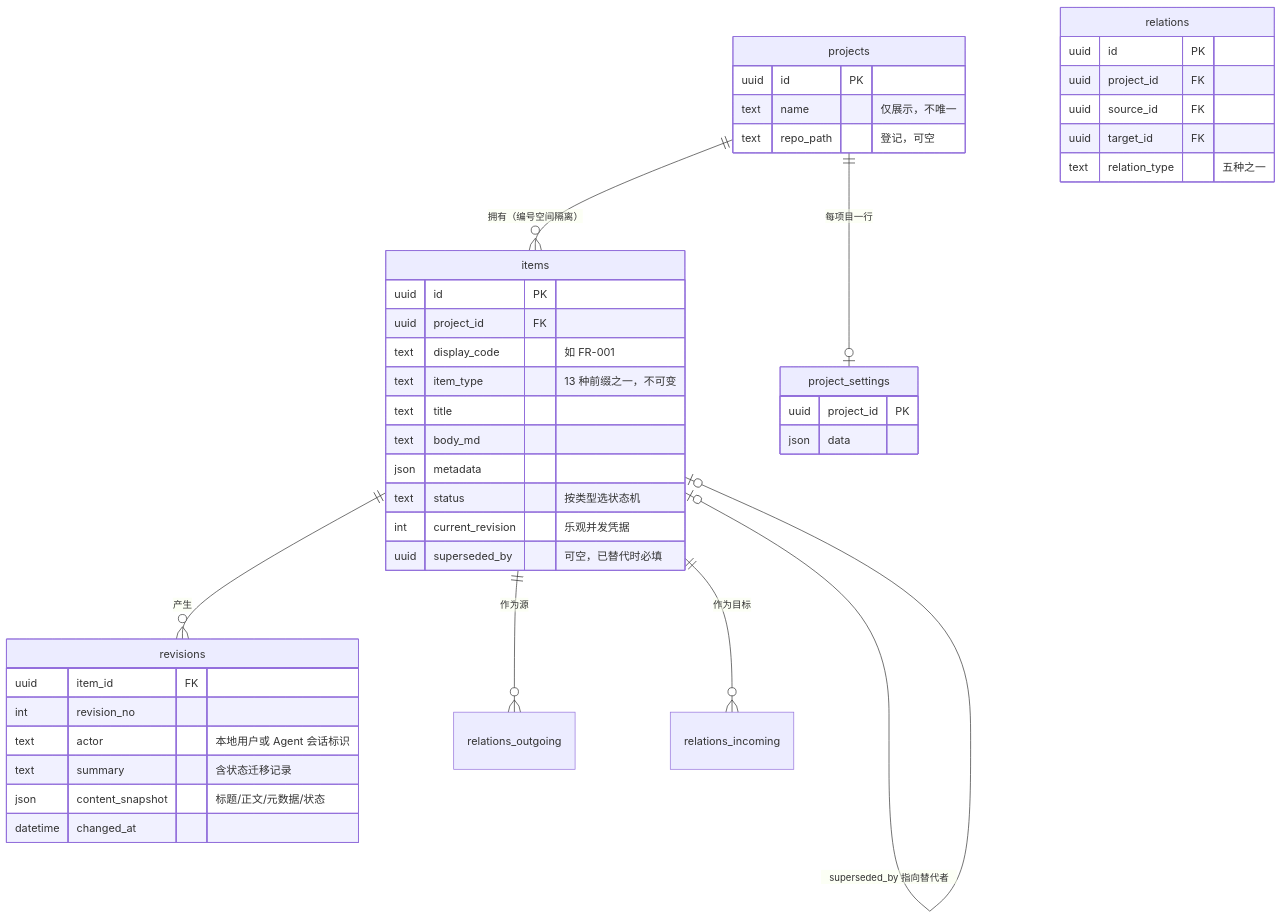
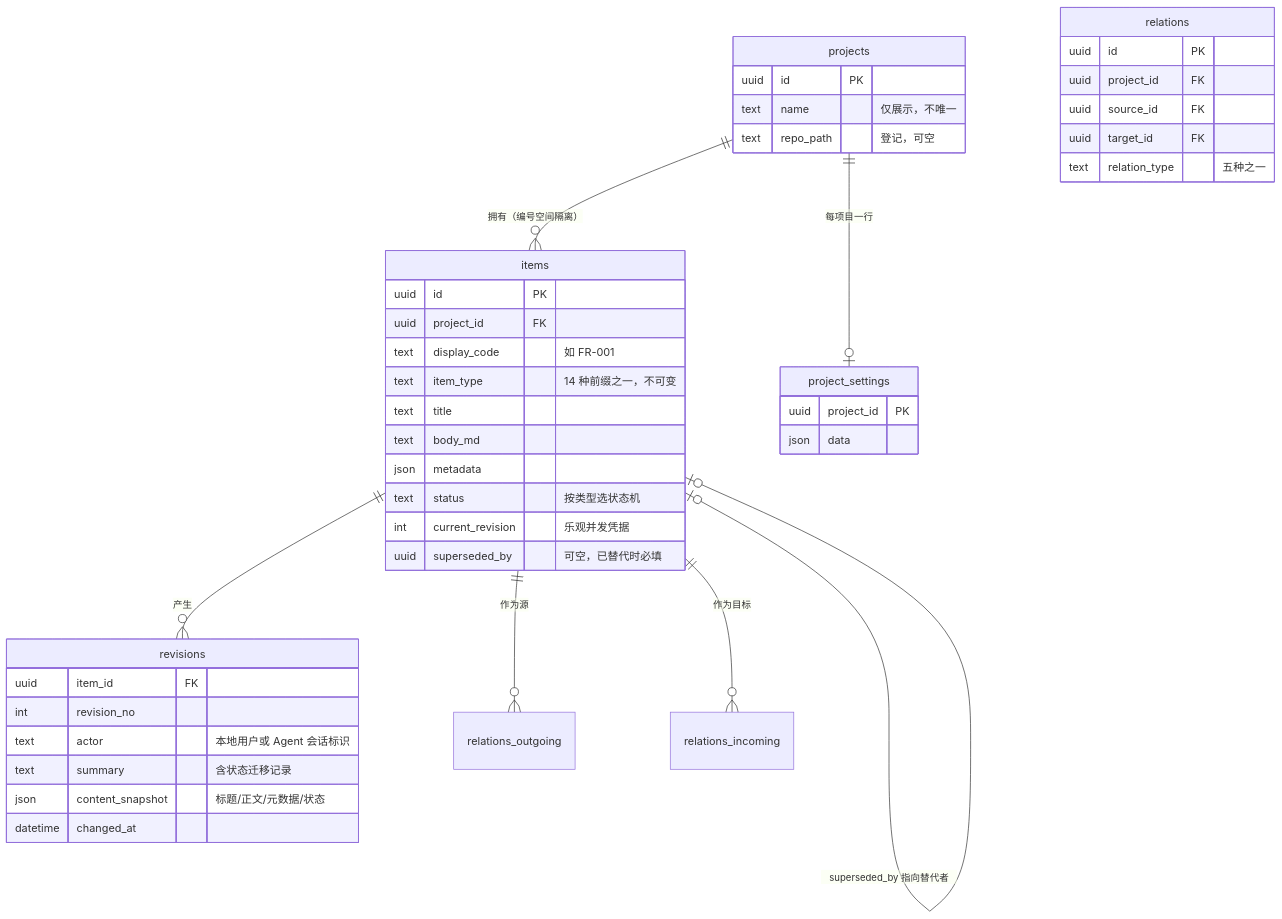
The diagram in docs/design/05-detailed-design/data-model.md (Kommisaar/relay-harbor), drawn with Mermaid before and after one commit. The commit also changed 20 other files, not shown here.

````diff
--- a/docs/design/05-detailed-design/data-model.md
+++ b/docs/design/05-detailed-design/data-model.md
@@ -8,46 +8,46 @@
 ```mermaid
 erDiagram
     projects ||--o{ items : "拥有（编号空间隔离）"
     projects ||--o| project_settings : "每项目一行"
     items ||--o{ revisions : "产生"
     items ||--o{ relations_outgoing : "作为源"
     items ||--o{ relations_incoming : "作为目标"
     items |o--o| items : "superseded_by 指向替代者"
 
     projects {
         uuid id PK
         text name "仅展示，不唯一"
         text repo_path "登记，可空"
     }
     items {
         uuid id PK
         uuid project_id FK
         text display_code "如 FR-001"
-        text item_type "13 种前缀之一，不可变"
+        text item_type "14 种前缀之一，不可变"
         text title
         text body_md
         json metadata
         text status "按类型选状态机"
         int current_revision "乐观并发凭据"
         uuid superseded_by "可空，已替代时必填"
     }
     revisions {
         uuid item_id FK
         int revision_no
         text actor "本地用户或 Agent 会话标识"
         text summary "含状态迁移记录"
         json content_snapshot "标题/正文/元数据/状态"
         datetime changed_at
     }
     relations {
         uuid id PK
         uuid project_id FK
         uuid source_id FK
         uuid target_id FK
         text relation_type "五种之一"
     }
     project_settings {
         uuid project_id PK
         json data
     }
 ```
````
